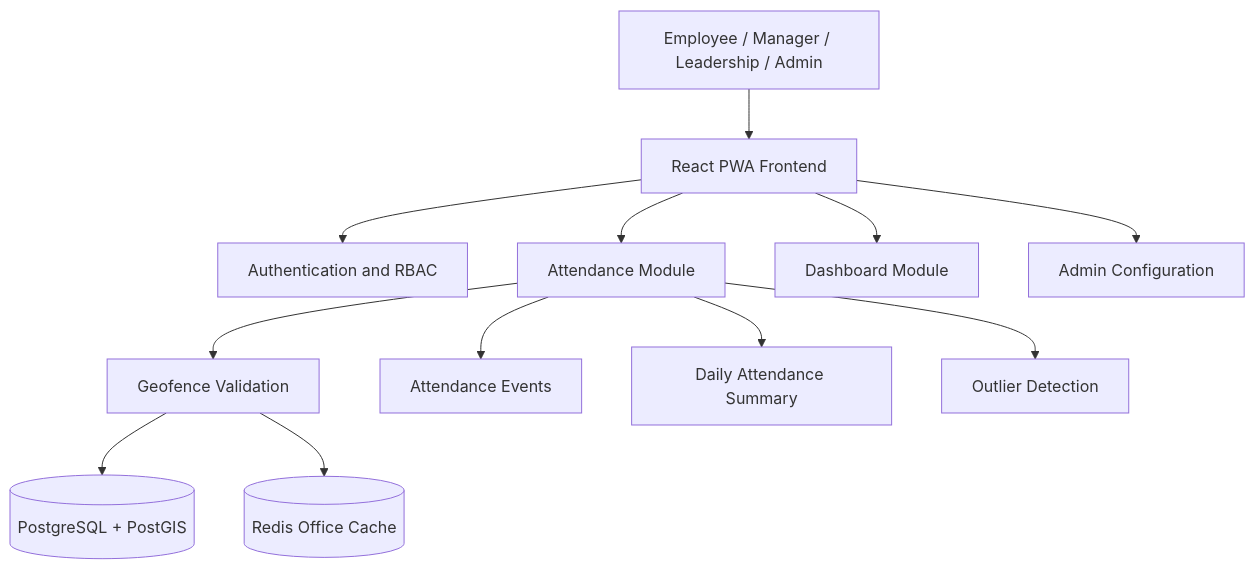
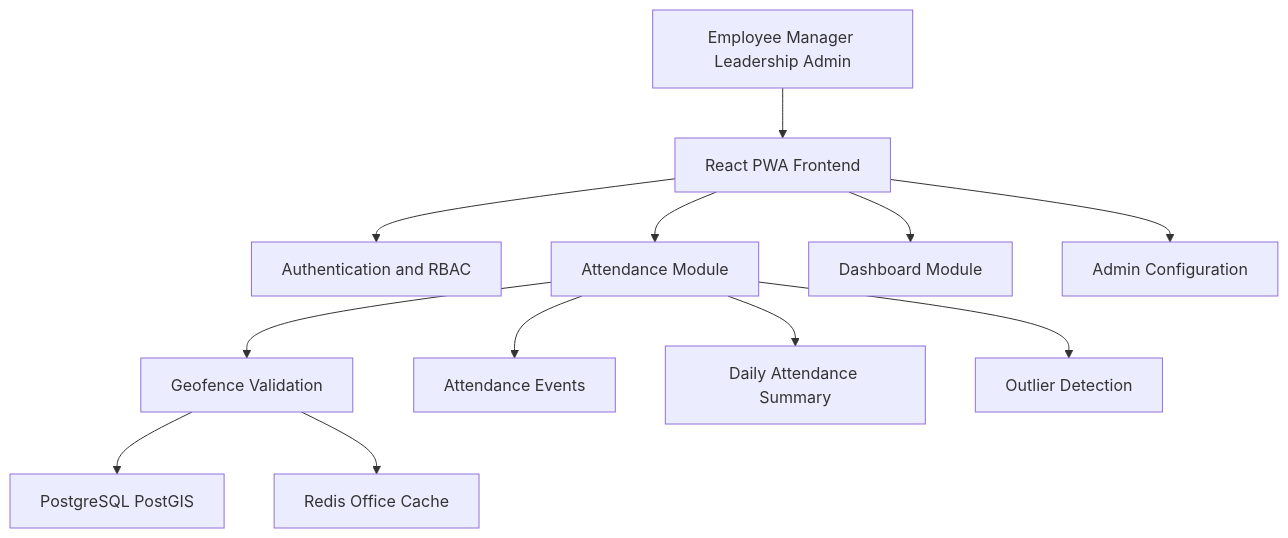
The first of 2 diagrams in README.md (ashu843118/wfh-wfo-attendance-system), drawn with Mermaid before and after one commit. The commit also changed other lines of this file and 1 other file, not shown here.

Commit message:
architecture docs added

````diff
--- a/README.md
+++ b/README.md
@@ -77,14 +77,14 @@
 ```mermaid
 flowchart TD
-    User[Employee / Manager / Leadership / Admin] --> Web[React PWA Frontend]
-    Web --> Auth[Authentication and RBAC]
-    Web --> Attendance[Attendance Module]
-    Web --> Dashboard[Dashboard Module]
-    Web --> Admin[Admin Configuration]
-    Attendance --> Geofence[Geofence Validation]
-    Attendance --> Events[Attendance Events]
-    Attendance --> Summary[Daily Attendance Summary]
-    Attendance --> Outlier[Outlier Detection]
-    Geofence --> PostGIS[(PostgreSQL + PostGIS)]
-    Geofence --> Redis[(Redis Office Cache)]
+    User["Employee Manager Leadership Admin"] --> Web["React PWA Frontend"]
+    Web --> Auth["Authentication and RBAC"]
+    Web --> Attendance["Attendance Module"]
+    Web --> Dashboard["Dashboard Module"]
+    Web --> Admin["Admin Configuration"]
+    Attendance --> Geofence["Geofence Validation"]
+    Attendance --> Events["Attendance Events"]
+    Attendance --> Summary["Daily Attendance Summary"]
+    Attendance --> Outlier["Outlier Detection"]
+    Geofence --> PostGIS["PostgreSQL PostGIS"]
+    Geofence --> Redis["Redis Office Cache"]
 ```
````
